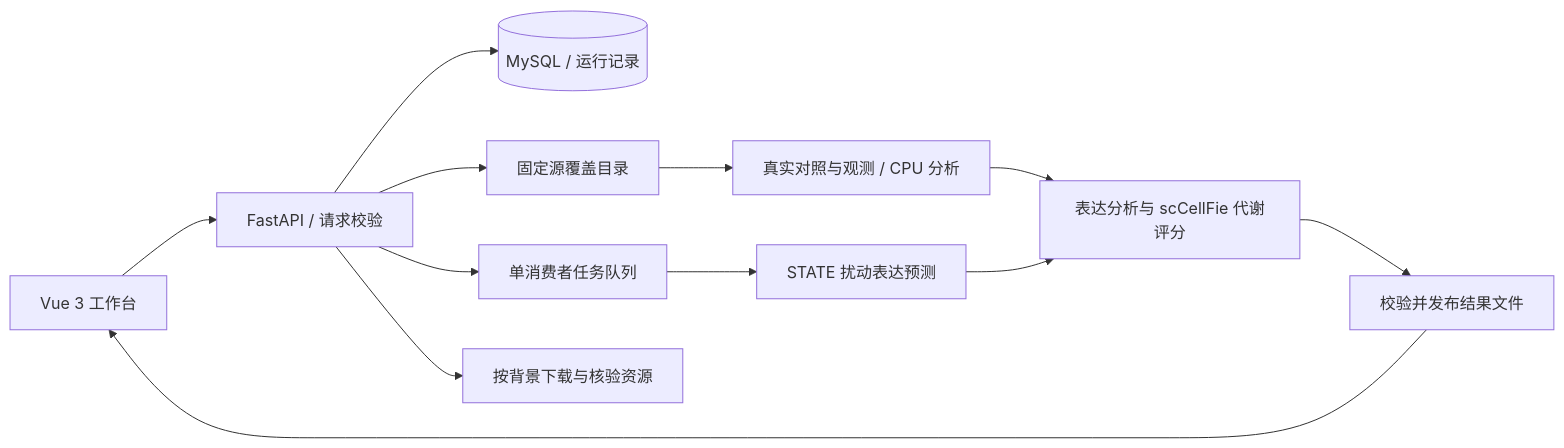
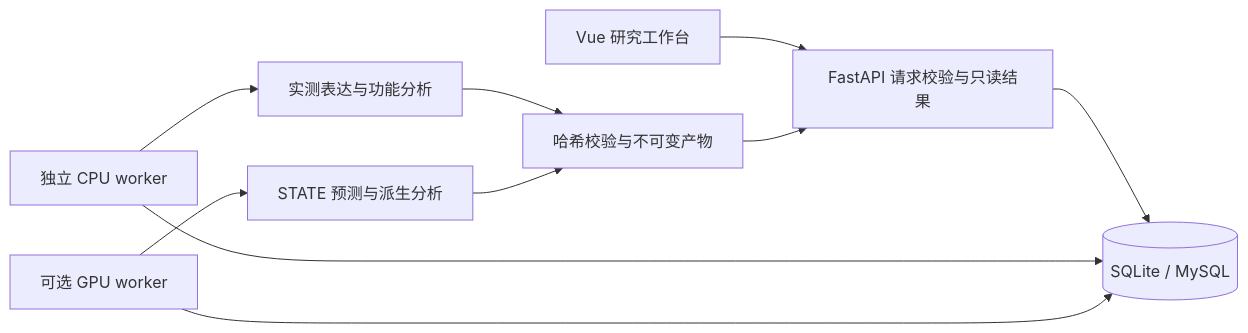
The diagram in README.md (hash-distill/celllens-platform), drawn with Mermaid before and after one commit. The commit also changed other lines of this file and 199 other files, not shown here.

````diff
--- a/README.md
+++ b/README.md
@@ -185,14 +89,12 @@
 ```mermaid
 flowchart LR
-    UI[Vue 3 工作台] --> API[FastAPI / 请求校验]
-    API --> DB[(MySQL / 运行记录)]
-    API --> CATALOG[固定源覆盖目录]
-    CATALOG --> MEASURED[真实对照与观测 / CPU 分析]
-    MEASURED --> ANALYSIS
-    API --> Q[单消费者任务队列]
-    Q --> STATE[STATE 扰动表达预测]
-    STATE --> ANALYSIS[表达分析与 scCellFie 代谢评分]
-    ANALYSIS --> FILES[校验并发布结果文件]
-    FILES --> UI
-    API --> ASSETS[按背景下载与核验资源]
+    UI[Vue 研究工作台] --> API[FastAPI 请求校验与只读结果]
+    API --> DB[(SQLite / MySQL)]
+    CPU[独立 CPU worker] --> DB
+    GPU[可选 GPU worker] --> DB
+    CPU --> M[实测表达与功能分析]
+    GPU --> P[STATE 预测与派生分析]
+    M --> F[哈希校验与不可变产物]
+    P --> F
+    F --> API
 ```
````
